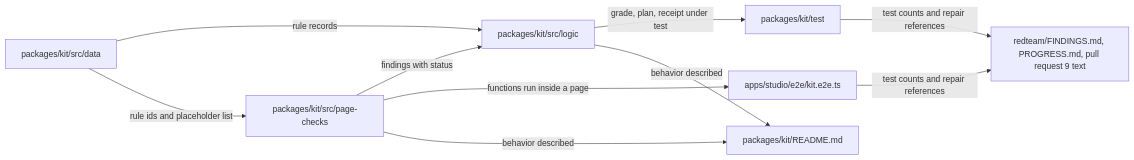
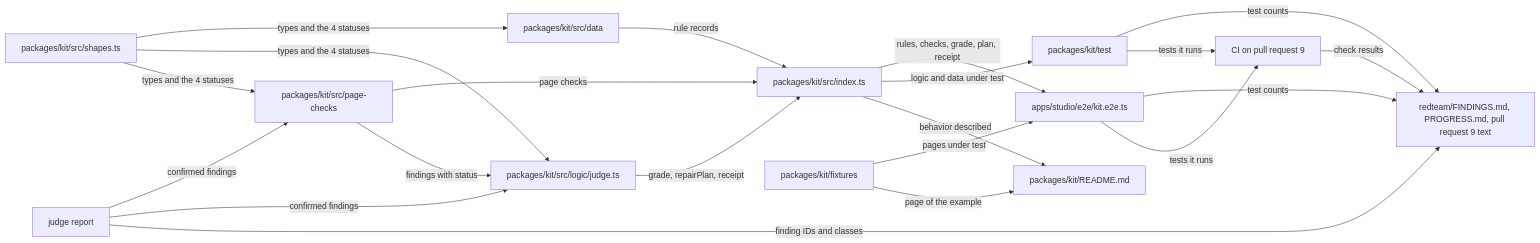
One commit to CatCorner22/Devin_Frontend changed the diagram in hinshitsu/kit-repairs/CONNECTIONS.md. Above: the diagram before and after it, drawn with Mermaid. The commit also changed other lines of this file and 5 other files, not shown here.

````diff
--- a/hinshitsu/kit-repairs/CONNECTIONS.md
+++ b/hinshitsu/kit-repairs/CONNECTIONS.md
@@ -7,12 +7,23 @@
 ```mermaid
 graph LR
-  DATA["packages/kit/src/data"] -->|rule records| LOGIC["packages/kit/src/logic"]
-  DATA -->|rule ids and placeholder list| CHECKS["packages/kit/src/page-checks"]
+  SHAPES["packages/kit/src/shapes.ts"] -->|types and the 4 statuses| DATA["packages/kit/src/data"]
+  SHAPES -->|types and the 4 statuses| LOGIC["packages/kit/src/logic/judge.ts"]
+  SHAPES -->|types and the 4 statuses| CHECKS["packages/kit/src/page-checks"]
+  DATA -->|rule records| INDEX["packages/kit/src/index.ts"]
+  CHECKS -->|page checks| INDEX
+  LOGIC -->|grade, repairPlan, receipt| INDEX
   CHECKS -->|findings with status| LOGIC
-  CHECKS -->|functions run inside a page| E2E["apps/studio/e2e/kit.e2e.ts"]
-  LOGIC -->|grade, plan, receipt under test| UNIT["packages/kit/test"]
-  CHECKS -->|behavior described| README["packages/kit/README.md"]
-  LOGIC -->|behavior described| README
-  E2E -->|test counts and repair references| RECORDS["redteam/FINDINGS.md, PROGRESS.md, pull request 9 text"]
-  UNIT -->|test counts and repair references| RECORDS
+  INDEX -->|rules, checks, grade, plan, receipt| E2E["apps/studio/e2e/kit.e2e.ts"]
+  FIX["packages/kit/fixtures"] -->|pages under test| E2E
+  INDEX -->|logic and data under test| UNIT["packages/kit/test"]
+  INDEX -->|behavior described| README["packages/kit/README.md"]
+  FIX -->|page of the example| README
+  JUDGE["judge report"] -->|confirmed findings| CHECKS
+  JUDGE -->|confirmed findings| LOGIC
+  JUDGE -->|finding IDs and classes| RECORDS["redteam/FINDINGS.md, PROGRESS.md, pull request 9 text"]
+  E2E -->|test counts| RECORDS
+  UNIT -->|test counts| RECORDS
+  CI["CI on pull request 9"] -->|check results| RECORDS
+  E2E -->|tests it runs| CI
+  UNIT -->|tests it runs| CI
 ```
````
